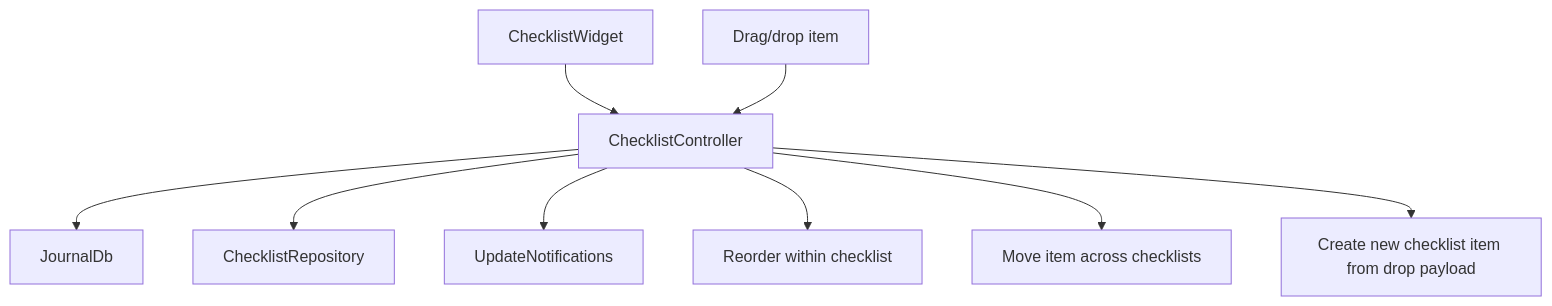
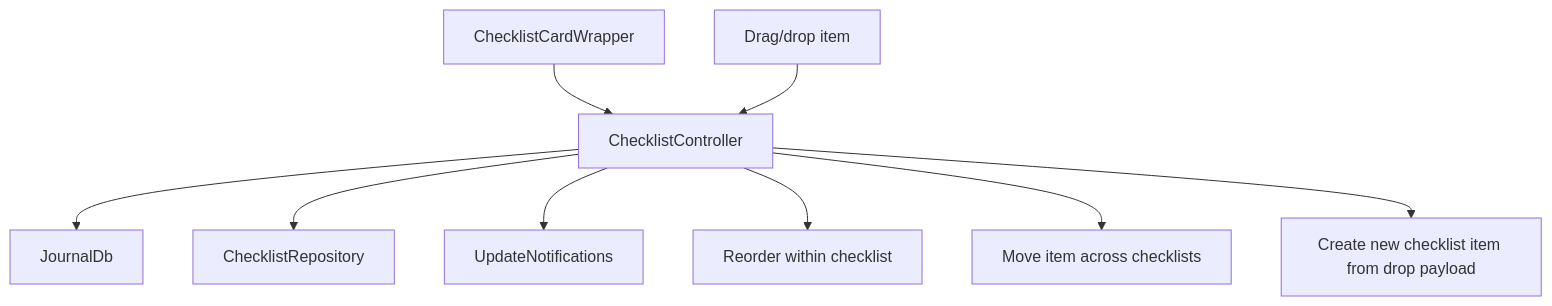
Before and after one commit to matthiasn/lotti: the seventh of 13 diagrams in lib/features/tasks/README.md, drawn with Mermaid. The commit also changed other lines of this file and 43 other files, not shown here.

````diff
--- a/lib/features/tasks/README.md
+++ b/lib/features/tasks/README.md
@@ -334,12 +339,12 @@
 ```mermaid
 flowchart TD
-  Checklist["ChecklistWidget"] --> Ctl["ChecklistController"]
+  Checklist["ChecklistCardWrapper"] --> Ctl["ChecklistController"]
   Ctl --> DB["JournalDb"]
   Ctl --> Repo["ChecklistRepository"]
   Ctl --> Notify["UpdateNotifications"]
 
   Drag["Drag/drop item"] --> Ctl
   Ctl --> Reorder["Reorder within checklist"]
   Ctl --> Move["Move item across checklists"]
   Ctl --> Create["Create new checklist item from drop payload"]
 ```
````
